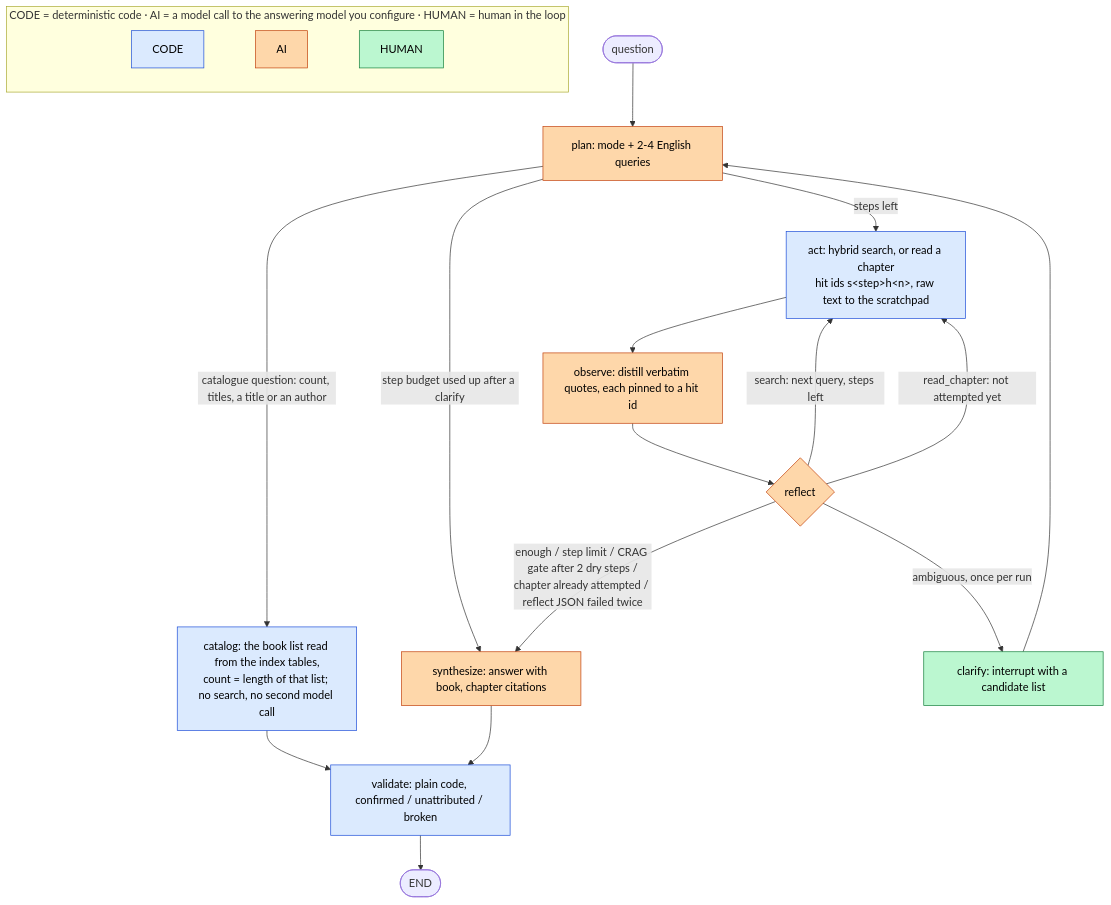
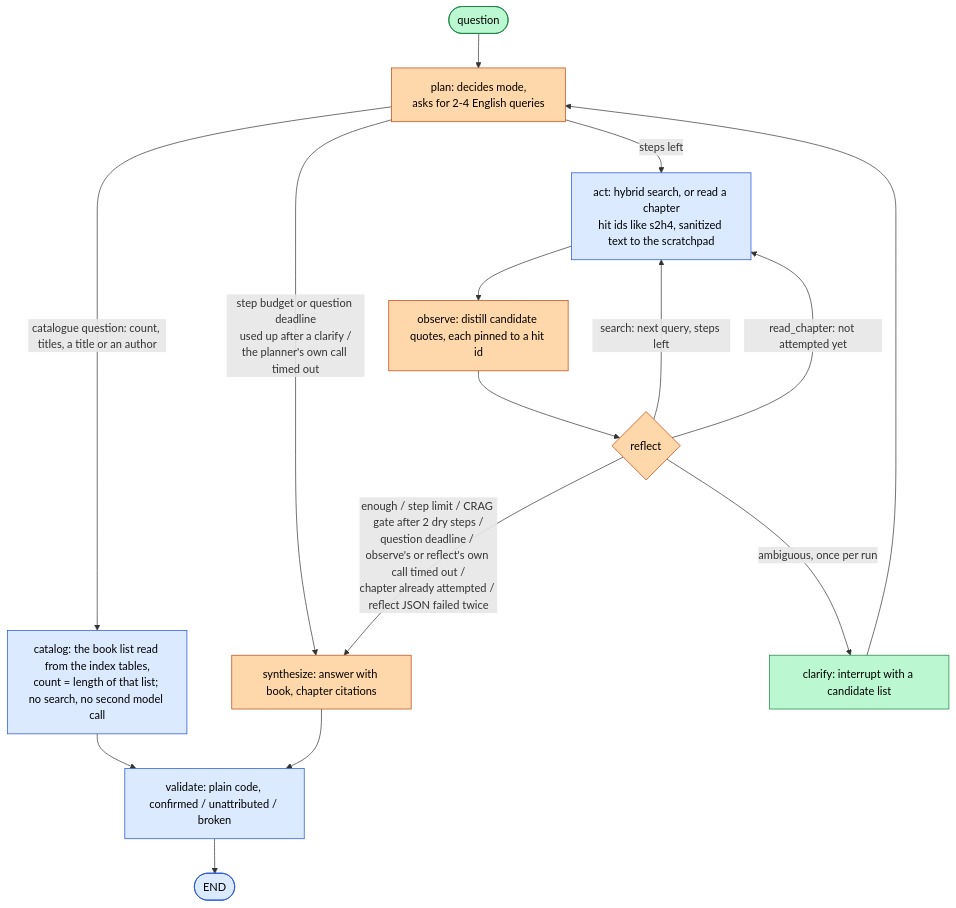
The second of 2 diagrams in docs/architecture.md (ievgen-borysenko/ask-your-library), drawn with Mermaid before and after one commit. The commit also changed other lines of this file and 4 other files, not shown here.

````diff
--- a/docs/architecture.md
+++ b/docs/architecture.md
@@ -57,27 +57,20 @@
 ```mermaid
 flowchart TD
-    Q([question]) --> P[plan: mode + 2-4 English queries]
-    P -->|steps left| A[act: hybrid search, or read a chapter<br/>hit ids s&lt;step&gt;h&lt;n&gt;, raw text to the scratchpad]
-    P -->|step budget used up after a clarify| S
-    P -->|catalogue question: count, titles, a title or an author| K[catalog: the book list read from the index tables,<br/>count = length of that list; no search, no second model call]
+    Q(["question"]):::human --> P["plan: decides mode,<br/>asks for 2-4 English queries"]:::ai
+    P -->|"steps left"| A["act: hybrid search, or read a chapter<br/>hit ids like s2h4, sanitized text to the scratchpad"]:::code
+    P -->|"step budget or question deadline<br/>used up after a clarify /<br/>the planner's own call timed out"| S
+    P -->|"catalogue question: count, titles, a title or an author"| K["catalog: the book list read from the index tables,<br/>count = length of that list; no search, no second model call"]:::code
     K --> V
-    A --> O[observe: distill verbatim quotes, each pinned to a hit id]
-    O --> R{reflect}
-    R -->|search: next query, steps left| A
-    R -->|read_chapter: not attempted yet| A
-    R -->|ambiguous, once per run| C[clarify: interrupt with a candidate list]
+    A --> O["observe: distill candidate quotes, each pinned to a hit id"]:::ai
+    O --> R{"reflect"}:::ai
+    R -->|"search: next query, steps left"| A
+    R -->|"read_chapter: not attempted yet"| A
+    R -->|"ambiguous, once per run"| C["clarify: interrupt with a candidate list"]:::human
     C --> P
-    R -->|enough / step limit / CRAG gate after 2 dry steps /<br/>chapter already attempted / reflect JSON failed twice| S[synthesize: answer with book, chapter citations]
-    S --> V[validate: plain code, confirmed / unattributed / broken]
-    V --> E([END])
+    R -->|"enough / step limit / CRAG gate after 2 dry steps /<br/>question deadline / observe's or reflect's own call timed out /<br/>chapter already attempted / reflect JSON failed twice"| S["synthesize: answer with book, chapter citations"]:::ai
+    S --> V["validate: plain code, confirmed / unattributed / broken"]:::code
+    V --> E(["END"]):::code
     classDef code fill:#dbeafe,stroke:#1d4ed8,color:#000
     classDef ai fill:#fed7aa,stroke:#c2410c,color:#000
     classDef human fill:#bbf7d0,stroke:#15803d,color:#000
-    class P,O,R,S ai
-    class A,K,V code
-    class C human
-    subgraph legend["CODE = deterministic code · AI = a model call to the answering model you configure · HUMAN = human in the loop"]
-        direction LR
-        L1["CODE"]:::code ~~~ L2["AI"]:::ai ~~~ L3["HUMAN"]:::human
-    end
 ```
````
